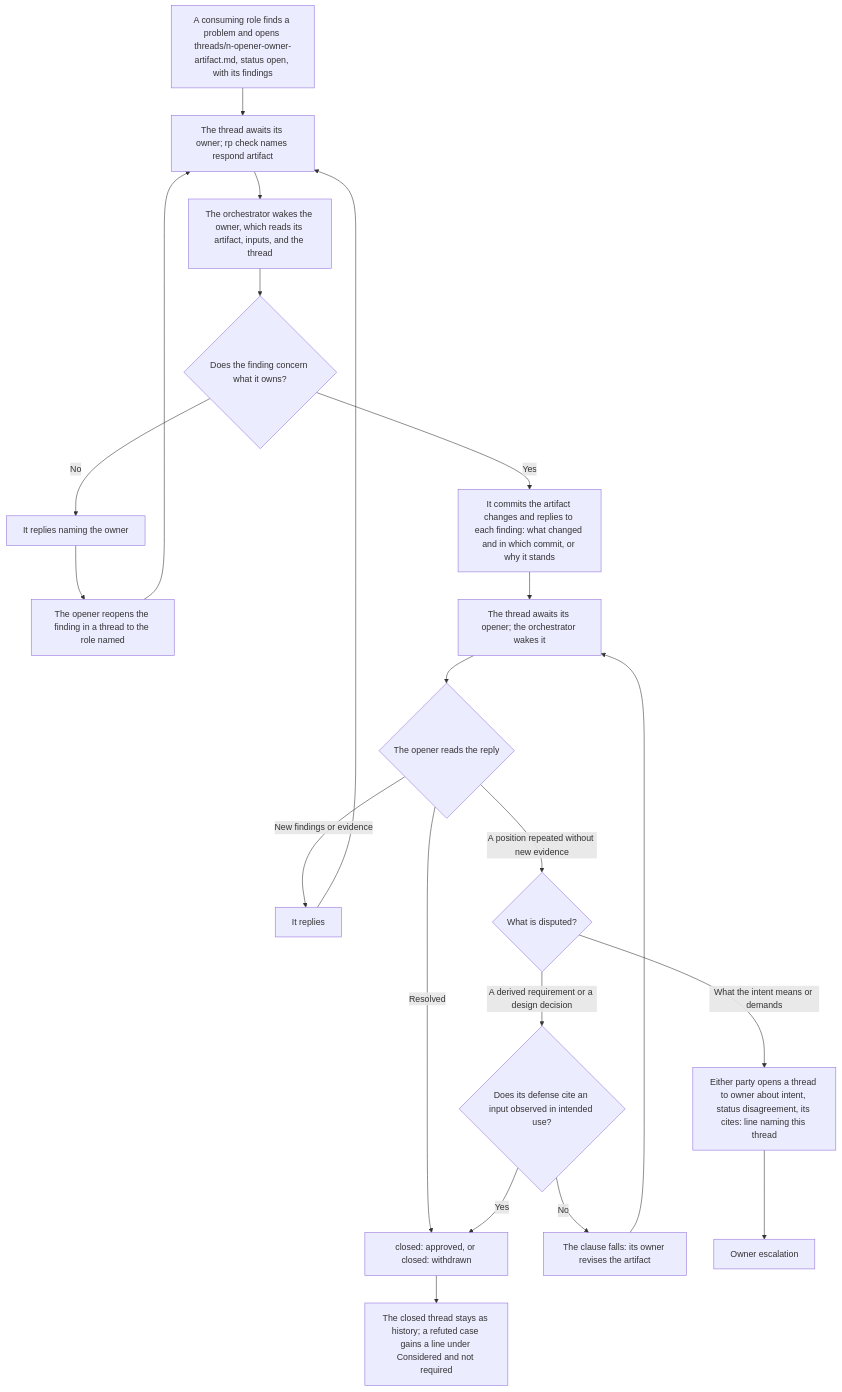
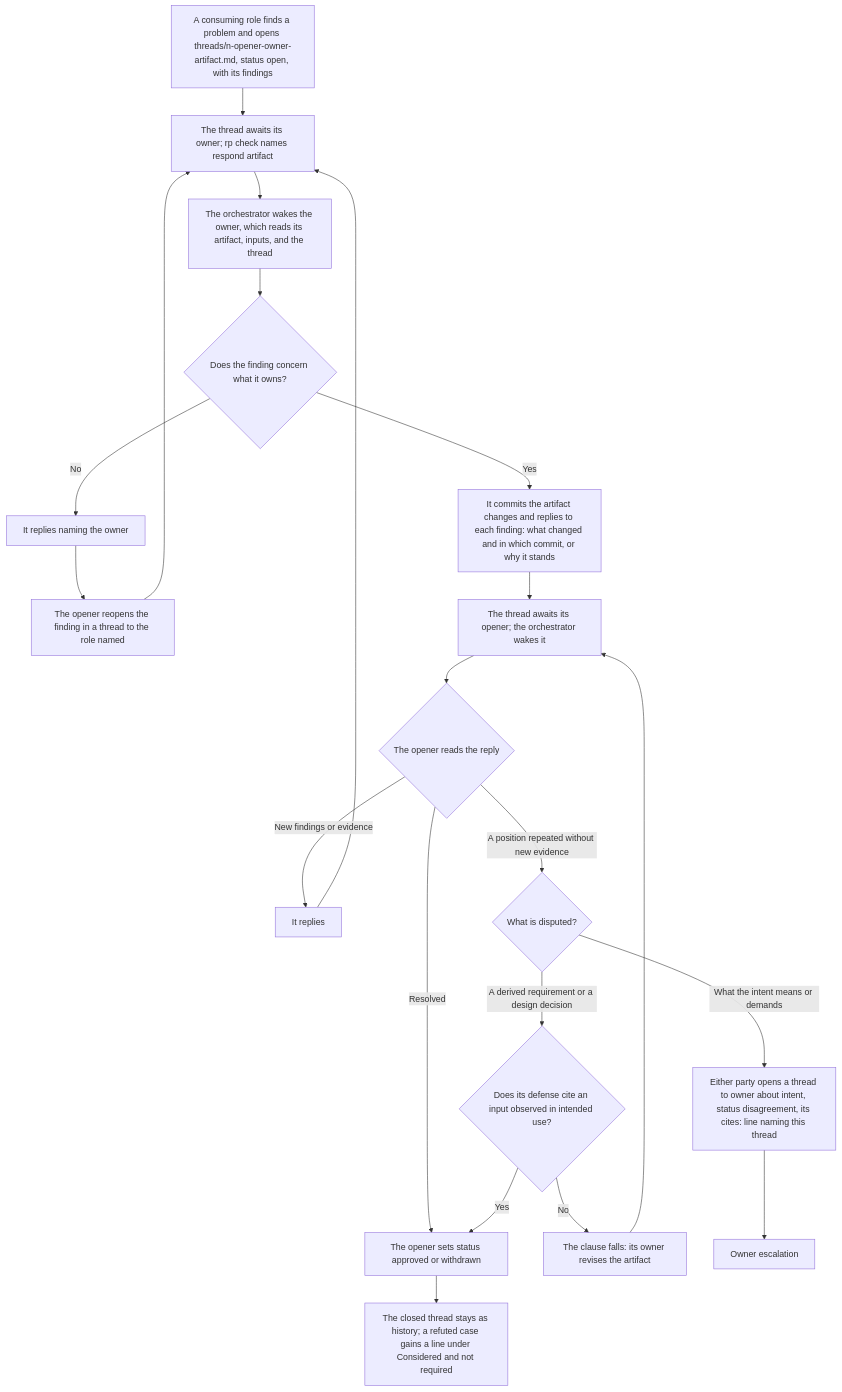
The diagram in docs/flowcharts/threads.md (Automattic/radical-pipelines), drawn with Mermaid before and after one commit. The commit also changed 21 other files, not shown here.

````diff
--- a/docs/flowcharts/threads.md
+++ b/docs/flowcharts/threads.md
@@ -5,23 +5,23 @@
 ```mermaid
 flowchart TD
     OPEN["A consuming role finds a problem and opens threads/n-opener-owner-artifact.md, status open, with its findings"] --> AW1["The thread awaits its owner; rp check names respond artifact"]
     AW1 --> OWNER["The orchestrator wakes the owner, which reads its artifact, inputs, and the thread"]
     OWNER --> OWNS{"Does the finding concern what it owns?"}
     OWNS -->|No| NAME["It replies naming the owner"]
     NAME --> REOPEN["The opener reopens the finding in a thread to the role named"]
     REOPEN --> AW1
     OWNS -->|Yes| ANSWER["It commits the artifact changes and replies to each finding: what changed and in which commit, or why it stands"]
     ANSWER --> AW2["The thread awaits its opener; the orchestrator wakes it"]
     AW2 --> READ{"The opener reads the reply"}
-    READ -->|Resolved| CLOSED["closed: approved, or closed: withdrawn"]
+    READ -->|Resolved| CLOSED["The opener sets status approved or withdrawn"]
     READ -->|New findings or evidence| AGAIN["It replies"]
     AGAIN --> AW1
     READ -->|A position repeated without new evidence| DIS{"What is disputed?"}
     DIS -->|A derived requirement or a design decision| OBS{"Does its defense cite an input observed in intended use?"}
     OBS -->|Yes| CLOSED
     OBS -->|No| REVISE["The clause falls: its owner revises the artifact"]
     REVISE --> AW2
     DIS -->|What the intent means or demands| ESC["Either party opens a thread to owner about intent, status disagreement, its cites: line naming this thread"]
     ESC --> OE["Owner escalation"]
     CLOSED --> HIST["The closed thread stays as history; a refuted case gains a line under Considered and not required"]
 ```
````
